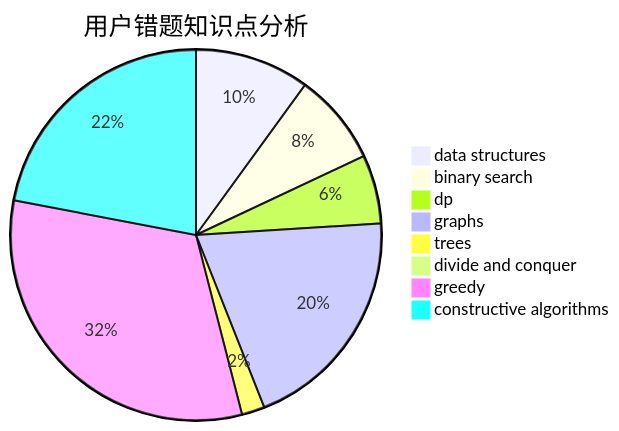
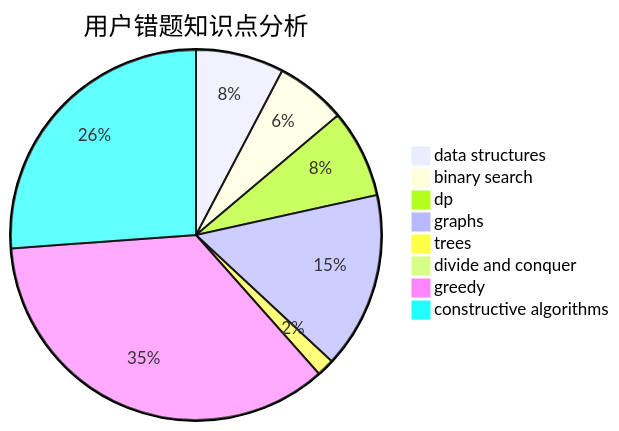
Before and after one commit to sherpahu/cfrs.github.io: the third of 3 diagrams in docs/user/u32.md, drawn with Mermaid. The commit also changed other lines of this file and 2770 other files, not shown here.

````diff
--- a/docs/user/u32.md
+++ b/docs/user/u32.md
@@ -36,11 +36,11 @@
 ```mermaid
 pie title 用户错题知识点分析
     "data structures" :  5
     "binary search" :  4
-    "dp" :  3
+    "dp" :  5
     "graphs" :  10
     "trees" :  1
     "divide and conquer" :  0
-    "greedy" :  16
-    "constructive algorithms" :  11
+    "greedy" :  23
+    "constructive algorithms" :  17
 ```
````
